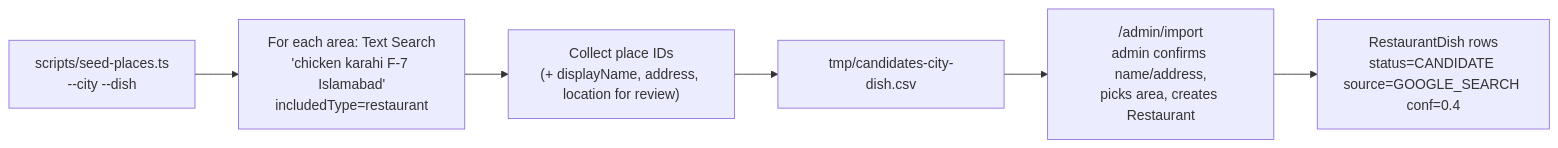
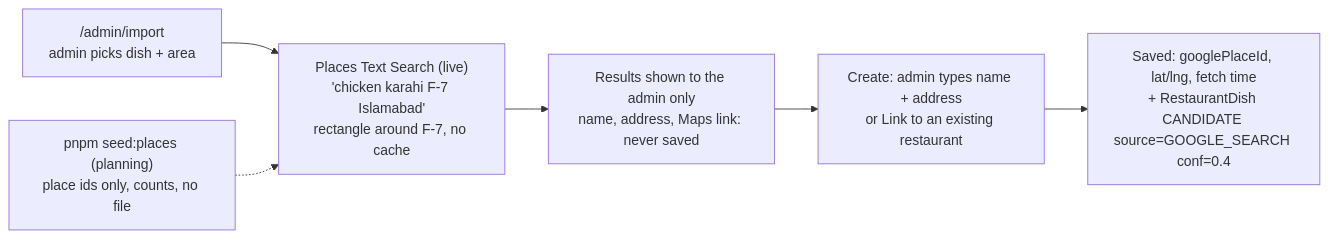
The fifth of 8 diagrams in docs/02-ARCHITECTURE.md (JawadSarfraz/dishrank), drawn with Mermaid before and after one commit. The commit also changed other lines of this file and 15 other files, not shown here.

First line of the commit message:
docs: Google data rule, live search import, ST-16 resolved

````diff
--- a/docs/02-ARCHITECTURE.md
+++ b/docs/02-ARCHITECTURE.md
@@ -111,8 +111,8 @@
 ```mermaid
 flowchart LR
-  S["scripts/seed-places.ts<br/>--city --dish"] --> Q["For each area: Text Search<br/>'chicken karahi F-7 Islamabad'<br/>includedType=restaurant"]
-  Q --> IDs["Collect place IDs<br/>(+ displayName, address, location for review)"]
-  IDs --> CSV["tmp/candidates-city-dish.csv"]
-  CSV --> AdminImport["/admin/import<br/>admin confirms name/address,<br/>picks area, creates Restaurant"]
-  AdminImport --> RD["RestaurantDish rows<br/>status=CANDIDATE source=GOOGLE_SEARCH conf=0.4"]
+  A["/admin/import<br/>admin picks dish + area"] --> Q["Places Text Search (live)<br/>'chicken karahi F-7 Islamabad'<br/>rectangle around F-7, no cache"]
+  Q --> R["Results shown to the admin only<br/>name, address, Maps link: never saved"]
+  R --> C["Create: admin types name + address<br/>or Link to an existing restaurant"]
+  C --> RD["Saved: googlePlaceId, lat/lng, fetch time<br/>+ RestaurantDish CANDIDATE source=GOOGLE_SEARCH conf=0.4"]
+  P["pnpm seed:places (planning)<br/>place ids only, counts, no file"] -.-> Q
 ```
````
